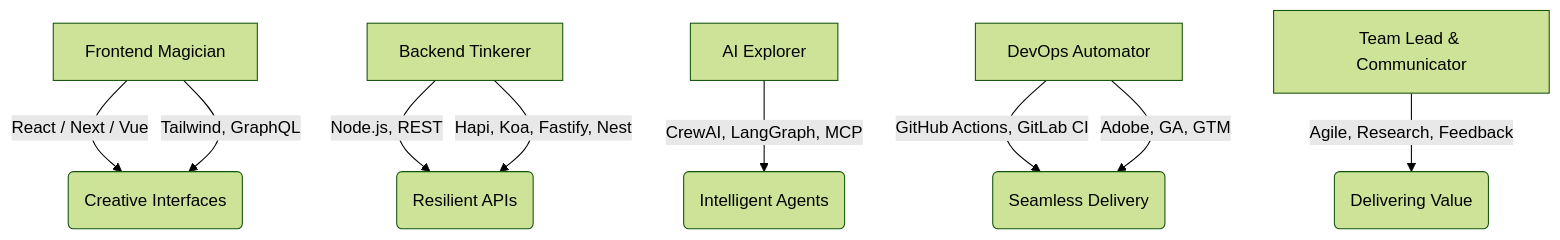
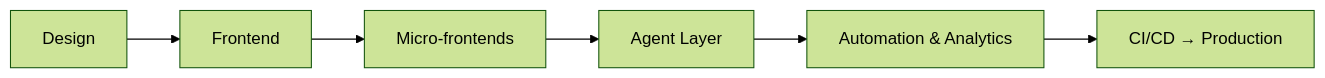
One commit to davych/davych changed the diagram in README.md. Above: the diagram before and after it, drawn with Mermaid (forest theme). The commit also changed other lines of this file, not shown here.

````diff
--- a/README.md
+++ b/README.md
@@ -63,16 +52,8 @@
 ```mermaid
-graph TD
-  A[Frontend Magician]
-  B[Backend Tinkerer]
-  C[AI Explorer]
-  D[DevOps Automator]
-  E[Team Lead & Communicator]
-  A -->|React / Next / Vue| F(Creative Interfaces)
-  A -->|Tailwind, GraphQL| F
-  B -->|Node.js, REST| G(Resilient APIs)
-  B -->|Hapi, Koa, Fastify, Nest| G
-  C -->|CrewAI, LangGraph, MCP| H(Intelligent Agents)
-  D -->|GitHub Actions, GitLab CI| I(Seamless Delivery)
-  D -->|Adobe, GA, GTM| I
-  E -->|Agile, Research, Feedback| J(Delivering Value)
+graph LR
+  A[Design] --> B[Frontend]
+  B --> C[Micro-frontends]
+  C --> D[Agent Layer]
+  D --> E[Automation & Analytics]
+  E --> F[CI/CD → Production]
 ```
````
